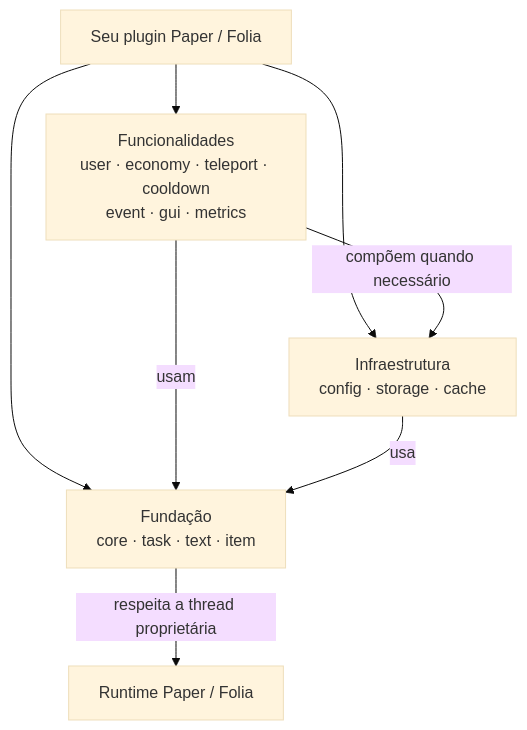
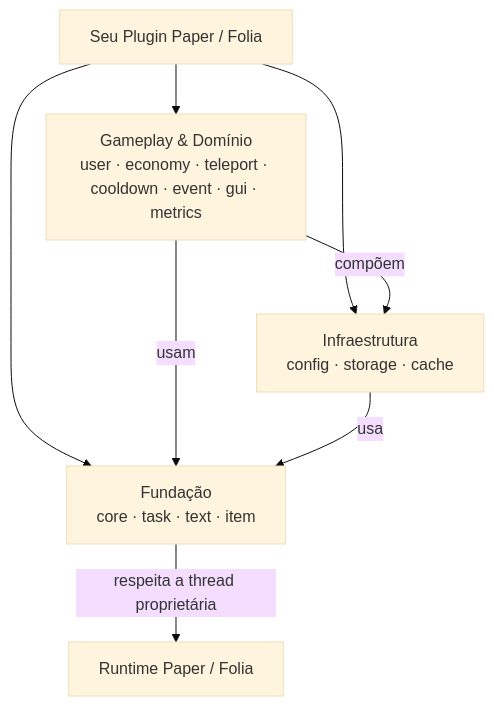
One commit to HanielCota/Cotani changed the diagram in README.pt-BR.md. Above: the diagram before and after it, drawn with Mermaid (base theme). The commit also changed other lines of this file and 1 other file, not shown here.

````diff
--- a/README.pt-BR.md
+++ b/README.pt-BR.md
@@ -122,16 +149,16 @@
 ```mermaid
 flowchart TB
-    Plugin["Seu plugin Paper / Folia"]
-    Features["Funcionalidades<br/>user · economy · teleport · cooldown<br/>event · gui · metrics"]
+    Plugin["Seu Plugin Paper / Folia"]
+    Features["Gameplay & Domínio<br/>user · economy · teleport · cooldown · event · gui · metrics"]
     Infrastructure["Infraestrutura<br/>config · storage · cache"]
     Foundation["Fundação<br/>core · task · text · item"]
     Runtime["Runtime Paper / Folia"]
 
     Plugin --> Features
     Plugin --> Infrastructure
     Plugin --> Foundation
-    Features -->|compõem quando necessário| Infrastructure
+    Features -->|compõem| Infrastructure
     Features -->|usam| Foundation
     Infrastructure -->|usa| Foundation
     Foundation -->|respeita a thread proprietária| Runtime
 ```
````
